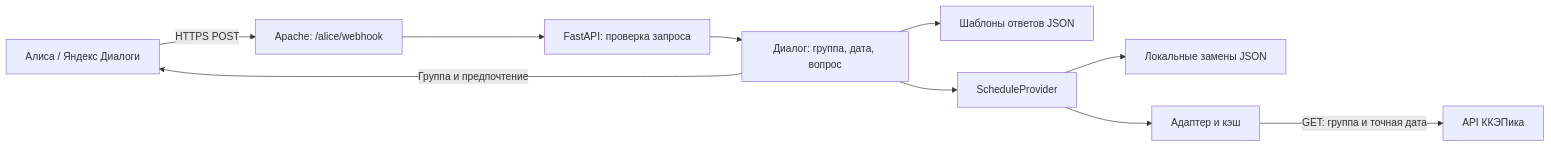
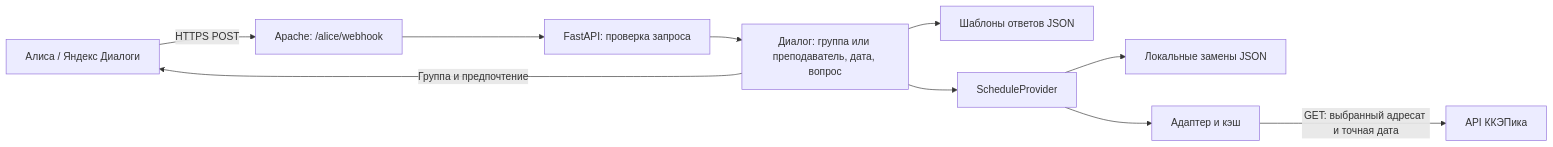
The diagram in README.md (rub1kub/alisa-schedule), drawn with Mermaid before and after one commit. The commit also changed other lines of this file and 13 other files, not shown here.

````diff
--- a/README.md
+++ b/README.md
@@ -29,12 +32,12 @@
 ```mermaid
 flowchart LR
     A[Алиса / Яндекс Диалоги] -->|HTTPS POST| B[Apache: /alice/webhook]
     B --> C[FastAPI: проверка запроса]
-    C --> D[Диалог: группа, дата, вопрос]
+    C --> D[Диалог: группа или преподаватель, дата, вопрос]
     D --> E[Шаблоны ответов JSON]
     D --> F[ScheduleProvider]
     F --> G[Локальные замены JSON]
     F --> H[Адаптер и кэш]
-    H -->|GET: группа и точная дата| I[API ККЭПика]
+    H -->|GET: выбранный адресат и точная дата| I[API ККЭПика]
     D -->|Группа и предпочтение| A
 ```
````
